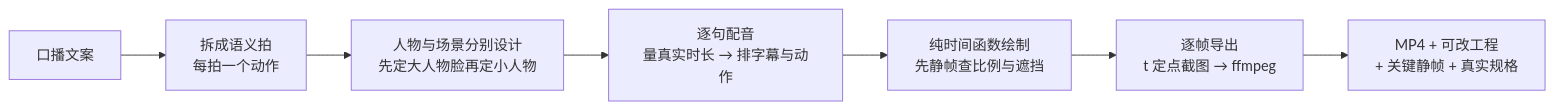
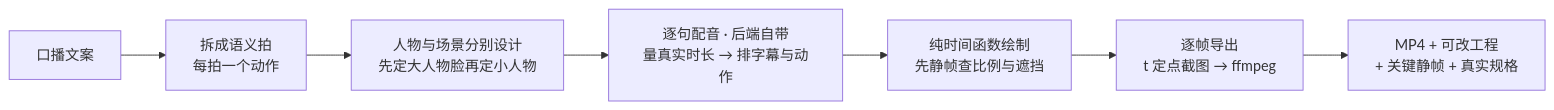
One commit to HRuiCcc/RuiC-pixel-explainer changed the diagram in README.md. Above: the diagram before and after it, drawn with Mermaid. The commit also changed other lines of this file and 3 other files, not shown here.

````diff
--- a/README.md
+++ b/README.md
@@ -94,9 +94,9 @@
 ```mermaid
 flowchart LR
   A[口播文案] --> B[拆成语义拍<br/>每拍一个动作]
   B --> C[人物与场景分别设计<br/>先定大人物脸再定小人物]
-  C --> D[逐句配音<br/>量真实时长 → 排字幕与动作]
+  C --> D[逐句配音 · 后端自带<br/>量真实时长 → 排字幕与动作]
   D --> E[纯时间函数绘制<br/>先静帧查比例与遮挡]
   E --> F[逐帧导出<br/>t 定点截图 → ffmpeg]
   F --> G[MP4 + 可改工程<br/>+ 关键静帧 + 真实规格]
 ```
````
